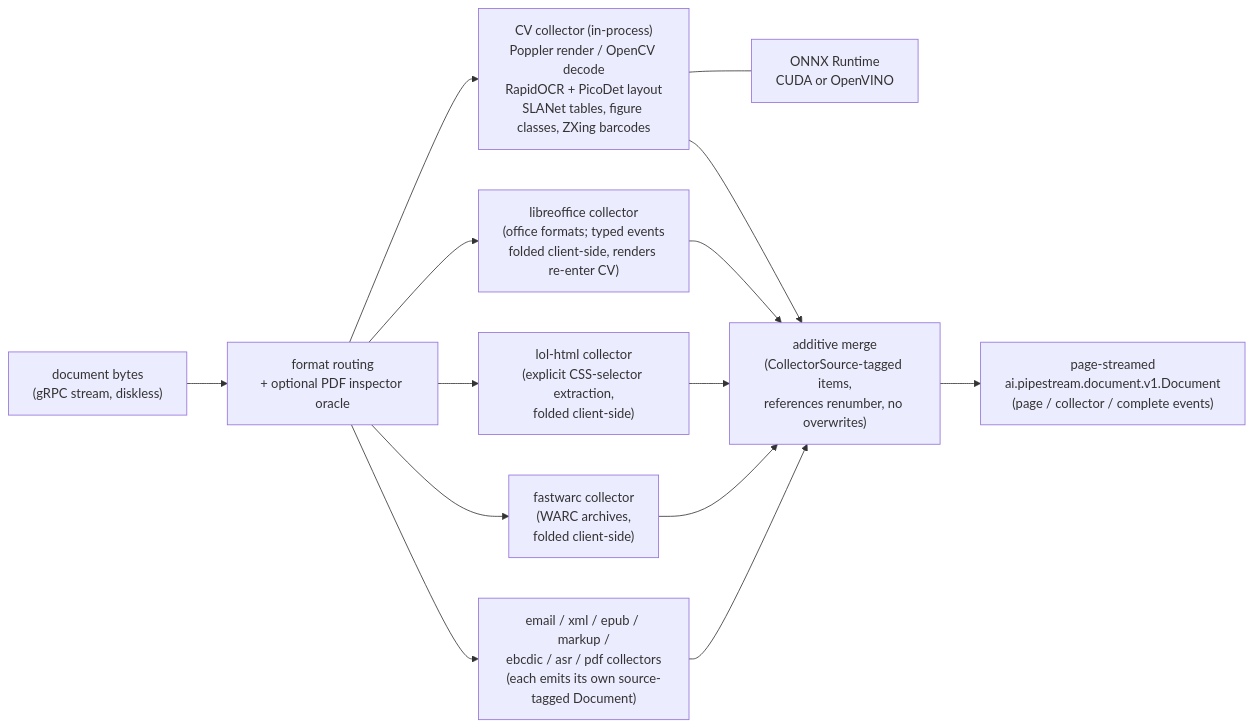
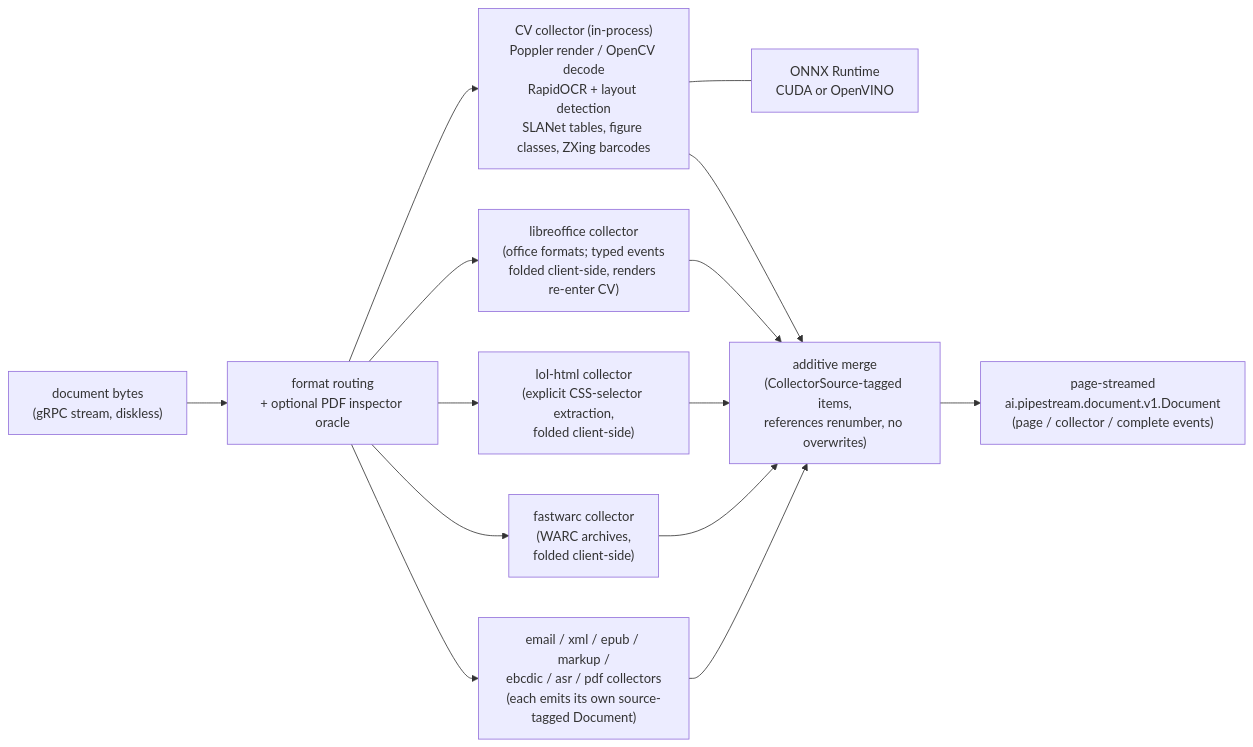
The first of 2 diagrams in README.md (ai-pipestream/gRParse), drawn with Mermaid before and after one commit. The commit also changed other lines of this file and 2 other files, not shown here.

First line of the commit message:
Document provisioning for the new layout and classifier models

````diff
--- a/README.md
+++ b/README.md
@@ -20,16 +20,16 @@
 ```mermaid
 flowchart LR
     in["document bytes<br/>(gRPC stream, diskless)"] --> route["format routing<br/>+ optional PDF inspector oracle"]
-    route --> cv["CV collector (in-process)<br/>Poppler render / OpenCV decode<br/>RapidOCR + PicoDet layout<br/>SLANet tables, figure classes, ZXing barcodes"]
+    route --> cv["CV collector (in-process)<br/>Poppler render / OpenCV decode<br/>RapidOCR + layout detection<br/>SLANet tables, figure classes, ZXing barcodes"]
     cv --- ort["ONNX Runtime<br/>CUDA or OpenVINO"]
     route --> lo["libreoffice collector<br/>(office formats; typed events<br/>folded client-side, renders re-enter CV)"]
     route --> lol["lol-html collector<br/>(explicit CSS-selector extraction,<br/>folded client-side)"]
     route --> fw["fastwarc collector<br/>(WARC archives,<br/>folded client-side)"]
     route --> rest["email / xml / epub / markup /<br/>ebcdic / asr / pdf collectors<br/>(each emits its own source-tagged Document)"]
     cv --> merge["additive merge<br/>(CollectorSource-tagged items,<br/>references renumber, no overwrites)"]
     lo --> merge
     lol --> merge
     fw --> merge
     rest --> merge
     merge --> out["page-streamed<br/>ai.pipestream.document.v1.Document<br/>(page / collector / complete events)"]
 ```
````
